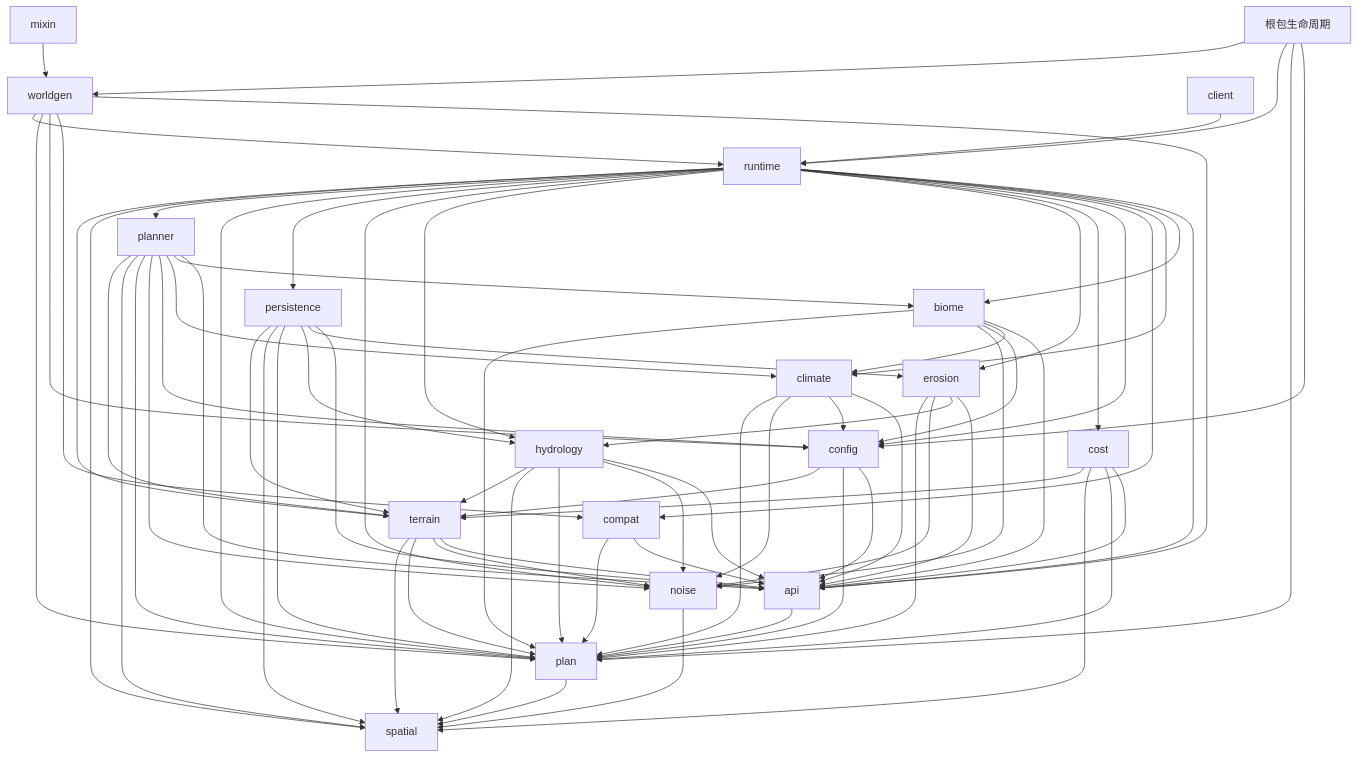
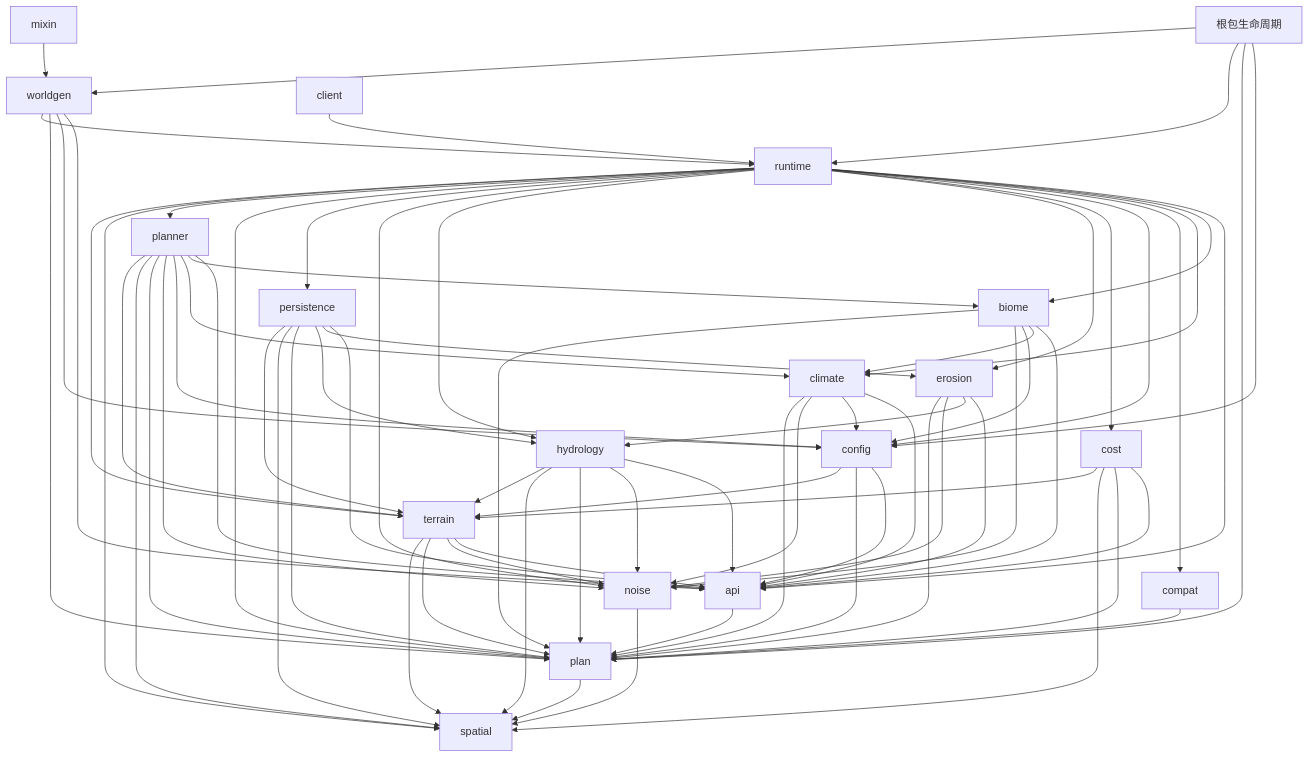
One commit to SuperUnom/AdventureWorldGen changed the second of 2 diagrams in docs/architecture/overview.md. Above: the diagram before and after it, drawn with Mermaid. The commit also changed other lines of this file and 85 other files, not shown here.

````diff
--- a/docs/architecture/overview.md
+++ b/docs/architecture/overview.md
@@ -38,21 +40,21 @@
 ```mermaid
 flowchart TD
     root[根包生命周期] --> config & plan & runtime & worldgen
     client --> runtime
     mixin --> worldgen
-    worldgen --> api & compat & config & plan & runtime
+    worldgen --> api & config & plan & runtime
     runtime --> api & biome & climate & compat & config & cost & erosion & hydrology & noise & persistence & plan & planner & spatial & terrain
     planner --> api & biome & climate & config & noise & plan & spatial & terrain
     persistence --> api & erosion & hydrology & plan & spatial & terrain
     config --> api & plan & terrain
     cost --> api & plan & spatial & terrain
     biome --> api & climate & config & noise & plan
     climate --> api & config & noise & plan
     erosion --> api & hydrology & noise & plan
     hydrology --> api & noise & plan & spatial & terrain
     terrain --> api & noise & plan & spatial
-    compat --> api & plan
+    compat --> plan
     api --> plan
     noise --> spatial
     plan --> spatial
 ```
````
